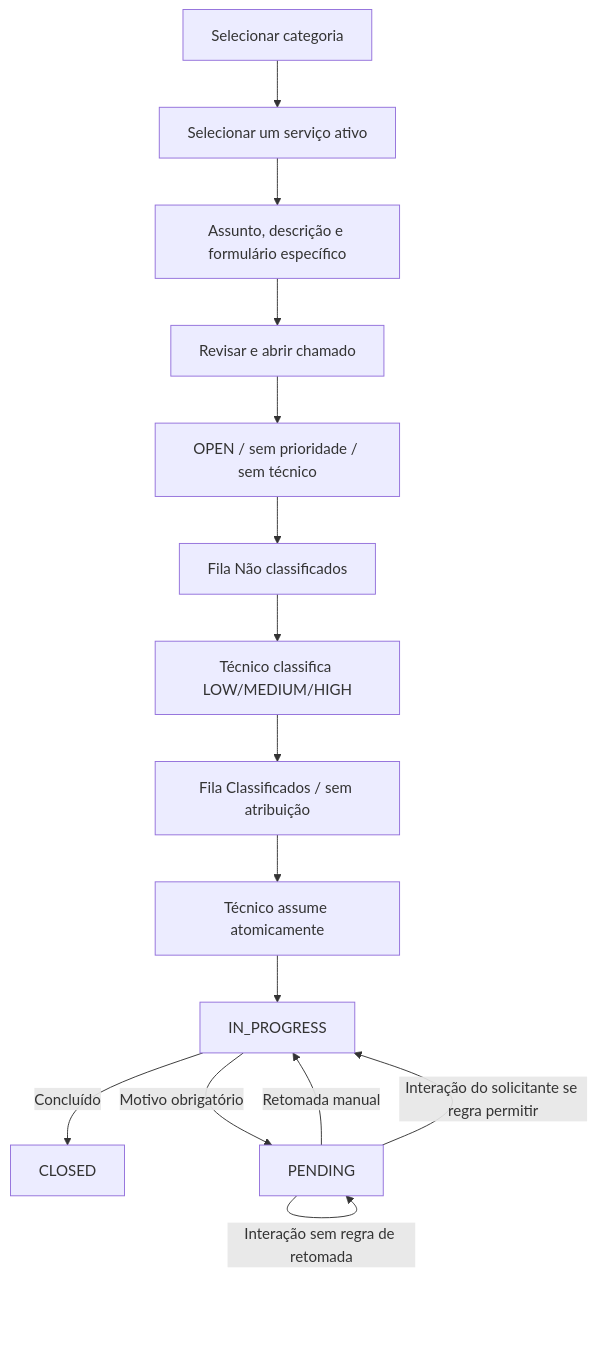
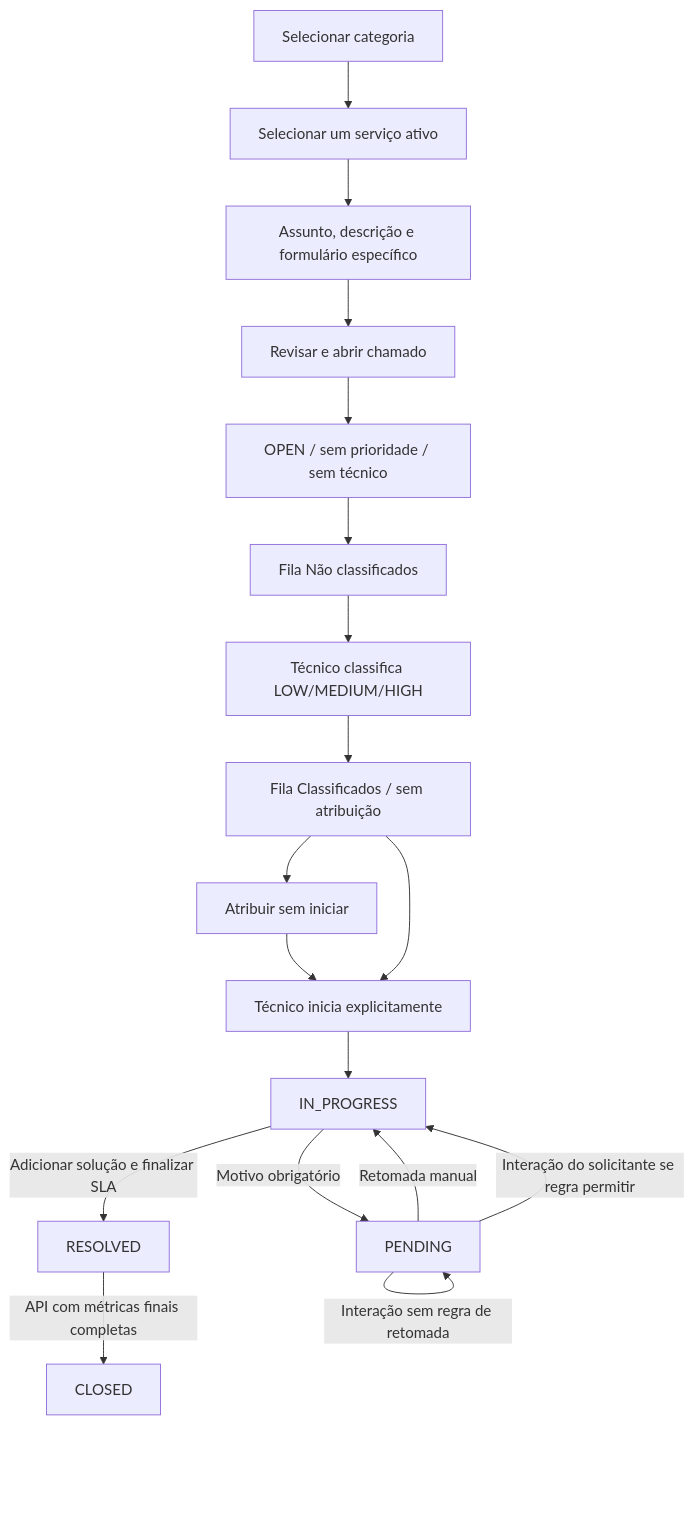
The diagram in docs/diagramas/fluxo-chamado.mmd (joaoMia/helpdesk), drawn with Mermaid before and after one commit. The commit also changed 46 other files, not shown here.

```diff
--- a/docs/diagramas/fluxo-chamado.mmd
+++ b/docs/diagramas/fluxo-chamado.mmd
@@ -1,15 +1,18 @@
 flowchart TD
   CATEGORIA[Selecionar categoria] --> SERVICO[Selecionar um serviço ativo]
   SERVICO --> FORM[Assunto, descrição e formulário específico]
   FORM --> A[Revisar e abrir chamado]
   A --> B[OPEN / sem prioridade / sem técnico]
   B --> C[Fila Não classificados]
   C --> D[Técnico classifica LOW/MEDIUM/HIGH]
   D --> E[Fila Classificados / sem atribuição]
-  E --> F[Técnico assume atomicamente]
+  E --> D2[Atribuir sem iniciar]
+  D2 --> F[Técnico inicia explicitamente]
+  E --> F
   F --> G[IN_PROGRESS]
-  G -->|Concluído| Z[CLOSED]
+  G -->|Adicionar solução e finalizar SLA| R[RESOLVED]
+  R -->|API com métricas finais completas| Z[CLOSED]
   G -->|Motivo obrigatório| H[PENDING]
   H -->|Retomada manual| G
   H -->|Interação do solicitante se regra permitir| G
   H -->|Interação sem regra de retomada| H
```
